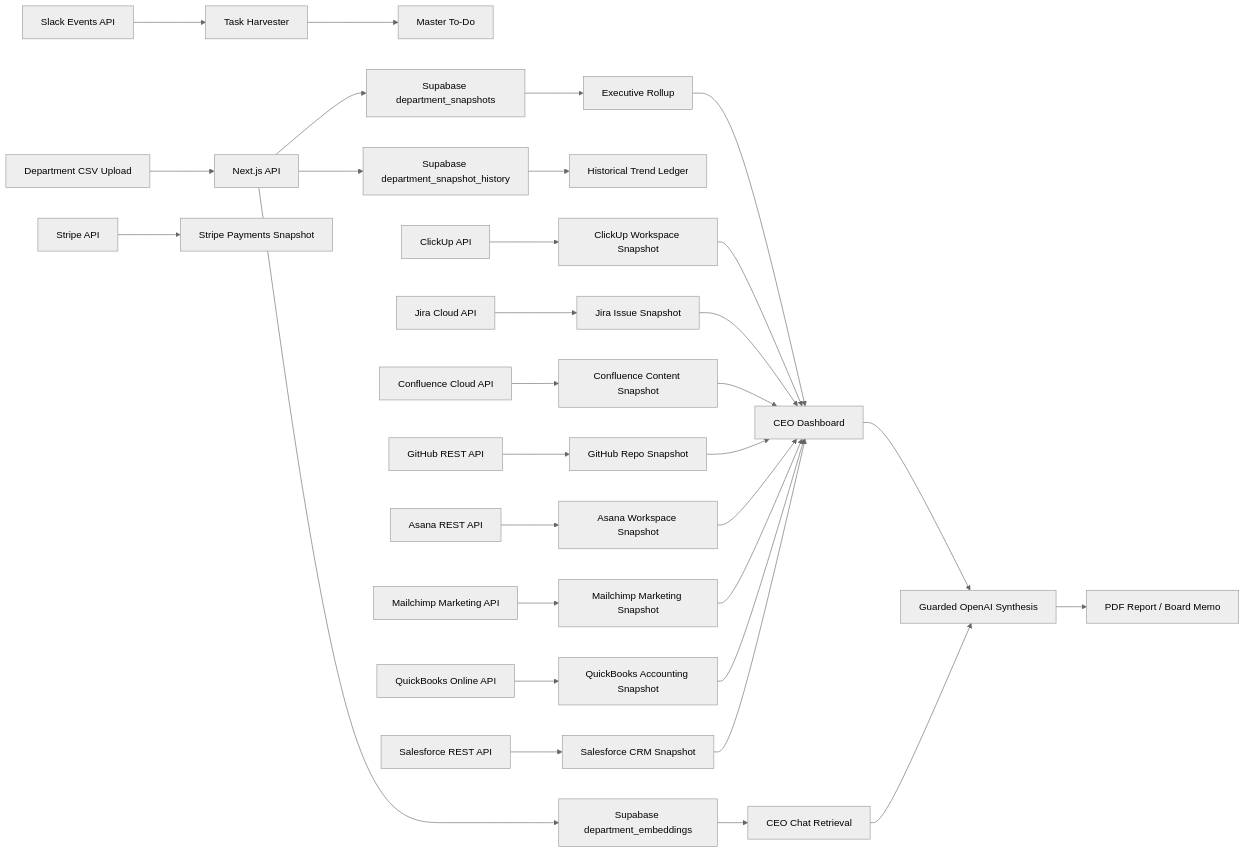
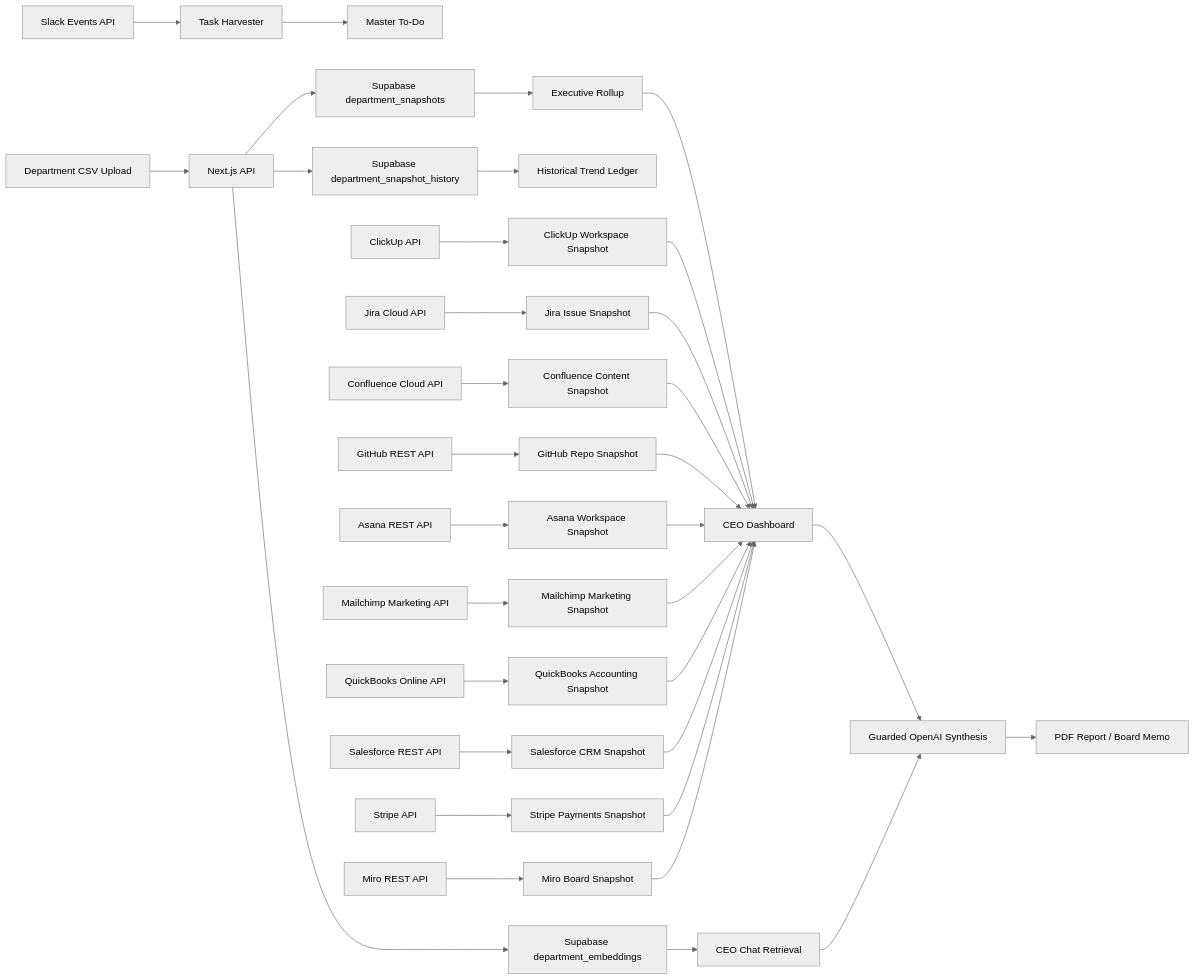
Before and after one commit to suhasbhairav/ai-chief-of-staff: the diagram in README.md, drawn with Mermaid (neutral theme). The commit also changed other lines of this file and 9 other files, not shown here.

````diff
--- a/README.md
+++ b/README.md
@@ -374,33 +378,36 @@
 ```mermaid
 flowchart LR
   A[Department CSV Upload] --> B[Next.js API]
   B --> C[Supabase department_snapshots]
   B --> D[Supabase department_snapshot_history]
   B --> M[Supabase department_embeddings]
   C --> E[Executive Rollup]
   D --> F[Historical Trend Ledger]
   M --> N[CEO Chat Retrieval]
   E --> G[CEO Dashboard]
   G --> H[Guarded OpenAI Synthesis]
   N --> H
   H --> I[PDF Report / Board Memo]
   J[Slack Events API] --> K[Task Harvester]
   K --> L[Master To-Do]
   O[ClickUp API] --> P[ClickUp Workspace Snapshot]
   P --> G
   Q[Jira Cloud API] --> R[Jira Issue Snapshot]
   S[Confluence Cloud API] --> T[Confluence Content Snapshot]
   U[GitHub REST API] --> V[GitHub Repo Snapshot]
   W[Asana REST API] --> X[Asana Workspace Snapshot]
   Y[Mailchimp Marketing API] --> Z[Mailchimp Marketing Snapshot]
   AA[QuickBooks Online API] --> AB[QuickBooks Accounting Snapshot]
   AC[Salesforce REST API] --> AD[Salesforce CRM Snapshot]
   AE[Stripe API] --> AF[Stripe Payments Snapshot]
+  AG[Miro REST API] --> AH[Miro Board Snapshot]
   R --> G
   T --> G
   V --> G
   X --> G
   Z --> G
   AB --> G
   AD --> G
+  AF --> G
+  AH --> G
 ```
````
